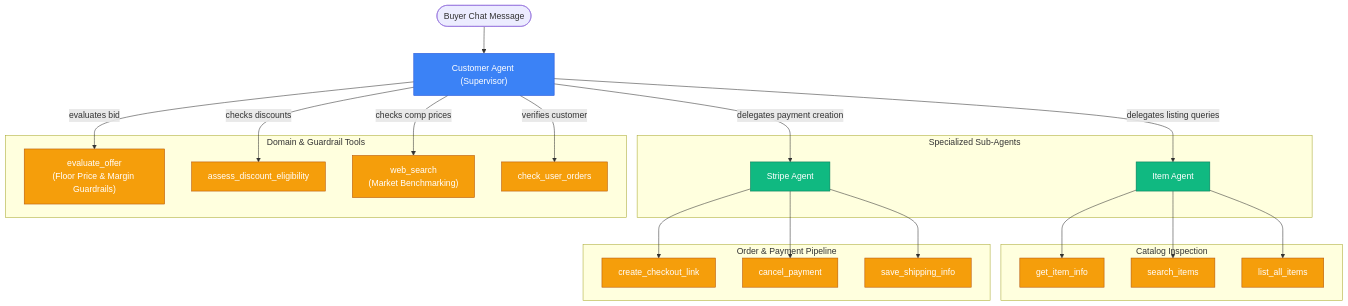
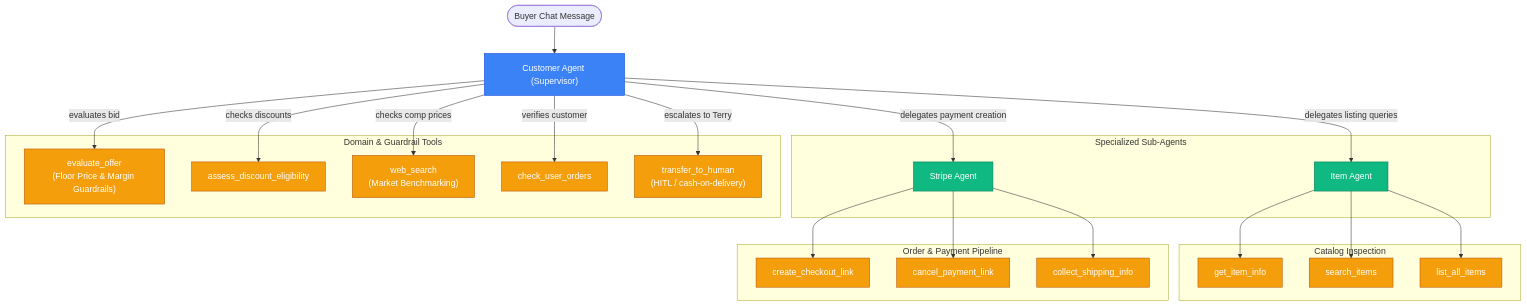
One commit to terryong31/nego-lah changed the second of 3 diagrams in README.md. Above: the diagram before and after it, drawn with Mermaid. The commit also changed other lines of this file and 48 other files, not shown here.

Commit message:
feat(web,api): batched unread email digest, console mark as read, image auto-compression + heif support, agent cod/fcfs policy, readme refresh

````diff
--- a/README.md
+++ b/README.md
@@ -80,43 +83,45 @@
 ```mermaid
 graph TD
     User([Buyer Chat Message]) --> Supervisor["Customer Agent (Supervisor)"]
 
     subgraph Agents["Specialized Sub-Agents"]
         ItemAgent["Item Agent"]
         StripeAgent["Stripe Agent"]
     end
 
     subgraph Tools["Domain & Guardrail Tools"]
         EvalOffer["evaluate_offer\n(Floor Price & Margin Guardrails)"]
         Discount["assess_discount_eligibility"]
         WebSearch["web_search\n(Market Benchmarking)"]
         Orders["check_user_orders"]
+        Handoff["transfer_to_human\n(HITL / cash-on-delivery)"]
     end
 
     Supervisor -->|delegates listing queries| ItemAgent
     Supervisor -->|delegates payment creation| StripeAgent
     Supervisor -->|evaluates bid| EvalOffer
     Supervisor -->|checks discounts| Discount
     Supervisor -->|checks comp prices| WebSearch
     Supervisor -->|verifies customer| Orders
+    Supervisor -->|escalates to Terry| Handoff
 
     subgraph ItemTools["Catalog Inspection"]
         ItemAgent --> GetItem["get_item_info"]
         ItemAgent --> SearchItems["search_items"]
         ItemAgent --> ListItems["list_all_items"]
     end
 
     subgraph StripeTools["Order & Payment Pipeline"]
         StripeAgent --> CreateLink["create_checkout_link"]
-        StripeAgent --> CancelPayment["cancel_payment"]
-        StripeAgent --> Shipping["save_shipping_info"]
+        StripeAgent --> CancelPayment["cancel_payment_link"]
+        StripeAgent --> Shipping["collect_shipping_info"]
     end
 
     classDef supervisor fill:#3b82f6,stroke:#1d4ed8,color:#fff
     classDef agent fill:#10b981,stroke:#047857,color:#fff
     classDef tool fill:#f59e0b,stroke:#b45309,color:#fff
 
     class Supervisor supervisor
     class ItemAgent,StripeAgent agent
-    class EvalOffer,Discount,WebSearch,Orders,GetItem,SearchItems,ListItems,CreateLink,CancelPayment,Shipping tool
+    class EvalOffer,Discount,WebSearch,Orders,Handoff,GetItem,SearchItems,ListItems,CreateLink,CancelPayment,Shipping tool
 ```
````
